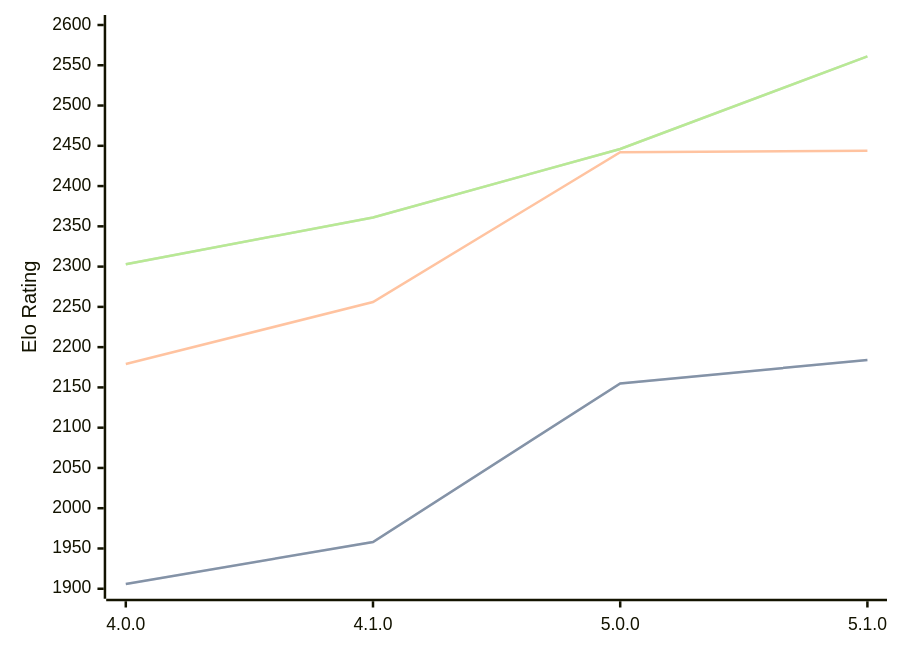
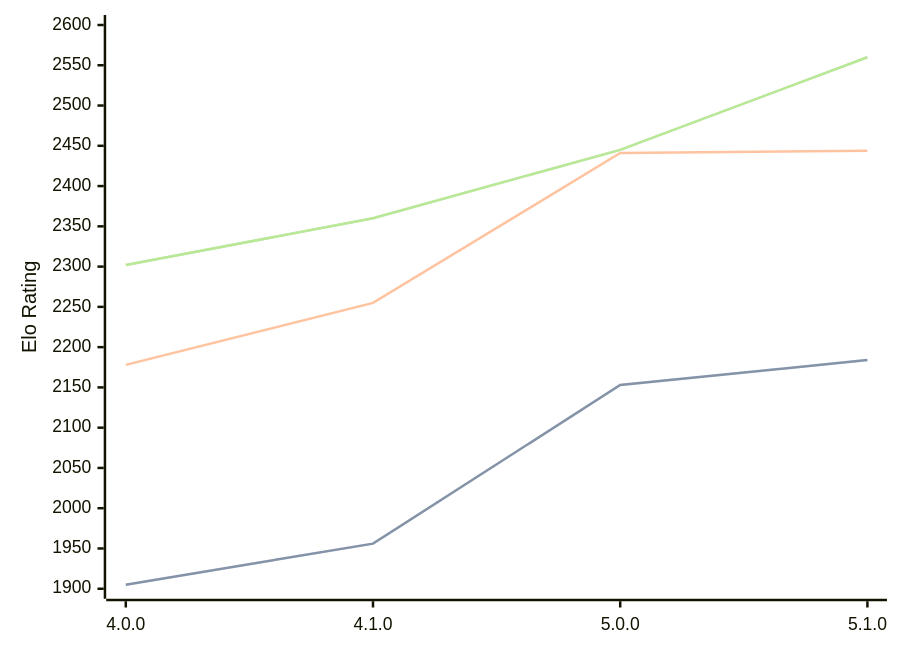
Before and after one commit to computer-chess-index/cci: the diagram in engines/Aconcagua.md, drawn with Mermaid. The commit also changed other lines of this file, not shown here.

Commit message:
Update CCI Ratings (ELO VLTC) - 2026-06-07

````diff
--- a/engines/Aconcagua.md
+++ b/engines/Aconcagua.md
@@ -43,11 +44,11 @@
 ```mermaid
 %%{init: {"theme":"base","themeVariables":{"seriesColors:['#a3a3a3','#222221','#faa371']}}}%%
 xychart-beta
   x-axis ["4.0.0", "4.1.0", "5.0.0", "5.1.0"]
   y-axis "Elo Rating" 1900 --> 2600
-  line "STC (8.0+0.08s)" [1906, 1958, 2155, 2184]
-  line "STC (8.0+0.08s)" [1906, 1958, 2155, 2184]
-  line "LTC (60.0+0.60s)" [2179, 2256, 2442, 2444]
-  line "VLTC (2m24s+1.12s)" [2303, 2361, 2446, 2561]
-  line "VLTC (2m24s+1.12s)" [2303, 2361, 2446, 2561]
+  line "STC (8.0+0.08s)" [1905, 1956, 2153, 2184]
+  line "STC (8.0+0.08s)" [1905, 1956, 2153, 2184]
+  line "LTC (60.0+0.60s)" [2178, 2255, 2441, 2444]
+  line "VLTC (2m24s+1.12s)" [2302, 2360, 2445, 2560]
+  line "VLTC (2m24s+1.12s)" [2302, 2360, 2445, 2560]
 ```
````
